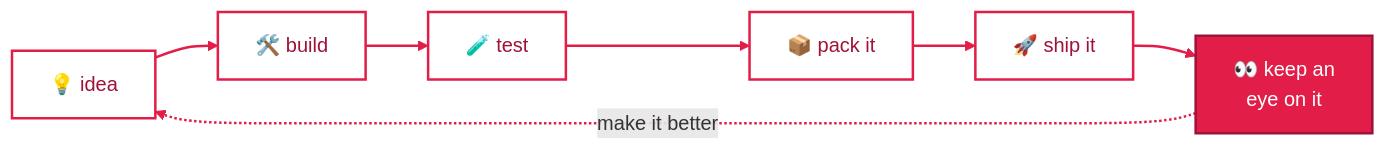
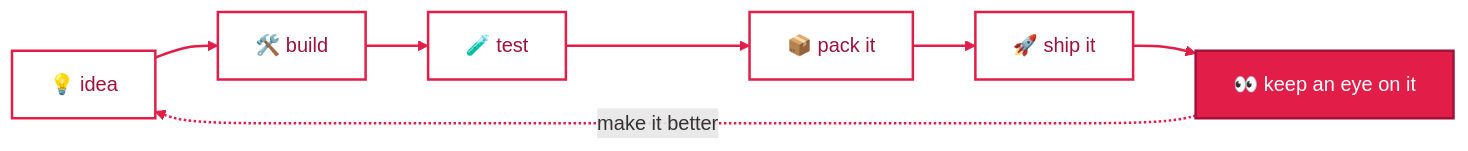
One commit to mbchavez27/mbchavez27 changed the third of 5 diagrams in README.md. Above: the diagram before and after it, drawn with Mermaid. The commit also changed other lines of this file, not shown here.

Commit message:
Fix line breaks in Mermaid diagrams in README

````diff
--- a/README.md
+++ b/README.md
@@ -70,15 +70,15 @@
 ```mermaid
 flowchart LR
     A["💡 idea"] --> B["🛠️ build"]
     B --> C["🧪 test"]
     C --> D["📦 pack it"]
     D --> E["🚀 ship it"]
-    E --> F["👀 keep an<br/>eye on it"]
+    E --> F["👀 keep an eye on it"]
     F -.->|"make it better"| A
 
     classDef outline fill:#ffffff,stroke:#e11d48,stroke-width:2px,color:#9f1239
     classDef solid fill:#e11d48,stroke:#9f1239,stroke-width:2px,color:#ffffff
     class A,B,C,D,E outline
     class F solid
     linkStyle default stroke:#e11d48,stroke-width:2px
 ```
````
